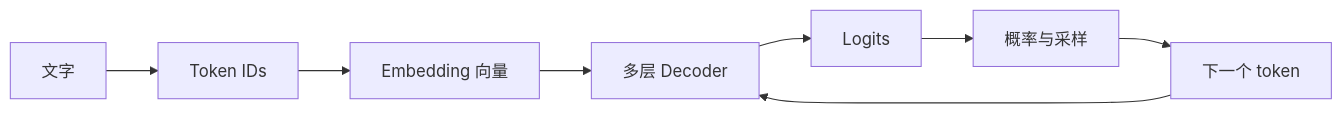
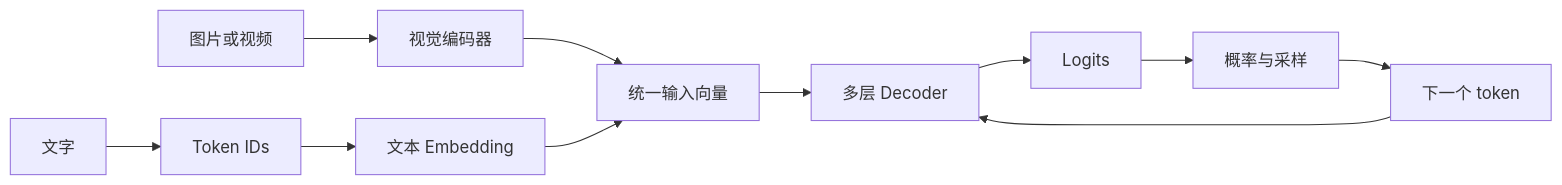
Before and after one commit to troycheng/learn-inference: the diagram in README.md, drawn with Mermaid. The commit also changed other lines of this file and 15 other files, not shown here.

````diff
--- a/README.md
+++ b/README.md
@@ -21,10 +22,13 @@
 ```mermaid
 flowchart LR
     A["文字"] --> B["Token IDs"]
-    B --> C["Embedding 向量"]
-    C --> D["多层 Decoder"]
+    B --> C["文本 Embedding"]
+    V["图片或视频"] --> VE["视觉编码器"]
+    VE --> U["统一输入向量"]
+    C --> U
+    U --> D["多层 Decoder"]
     D --> E["Logits"]
     E --> F["概率与采样"]
     F --> G["下一个 token"]
     G --> D
 ```
````
